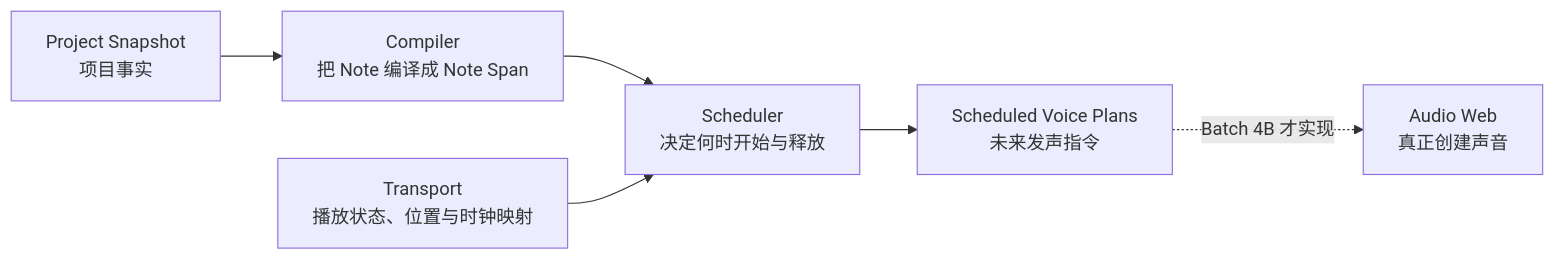
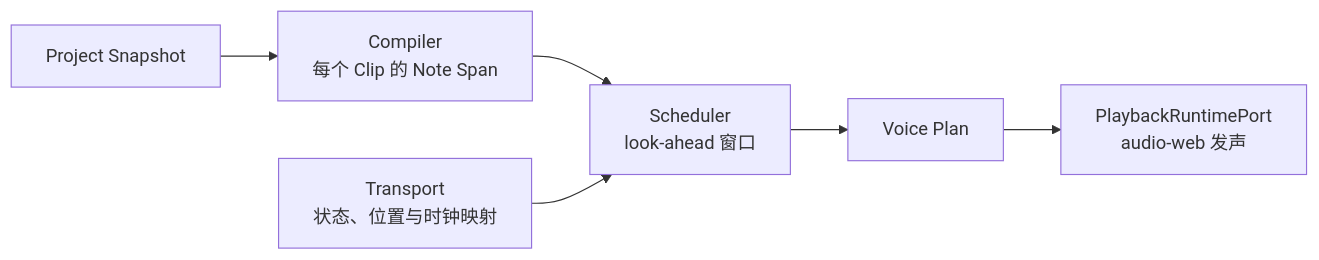
Before and after one commit to Dyolem/seele-daw: the diagram in packages/playback/docs/audible-midi-scheduler-primer.md, drawn with Mermaid. The commit also changed other lines of this file and 22 other files, not shown here.

````diff
--- a/packages/playback/docs/audible-midi-scheduler-primer.md
+++ b/packages/playback/docs/audible-midi-scheduler-primer.md
@@ -18,8 +9,7 @@
 ```mermaid
 flowchart LR
-    A["Project Snapshot<br/>项目事实"] --> B["Compiler<br/>把 Note 编译成 Note Span"]
-    B --> D["Scheduler<br/>决定何时开始与释放"]
-    C["Transport<br/>播放状态、位置与时钟映射"] --> D
-    D --> E["Scheduled Voice Plans<br/>未来发声指令"]
-    E -. "Batch 4B 才实现" .-> F["Audio Web<br/>真正创建声音"]
+    A["Project Snapshot"] --> B["Compiler<br/>每个 Clip 的 Note Span"]
+    B --> D["Scheduler<br/>look-ahead 窗口"]
+    C["Transport<br/>状态、位置与时钟映射"] --> D
+    D --> E["Voice Plan"] --> F["PlaybackRuntimePort<br/>audio-web 发声"]
 ```
````
